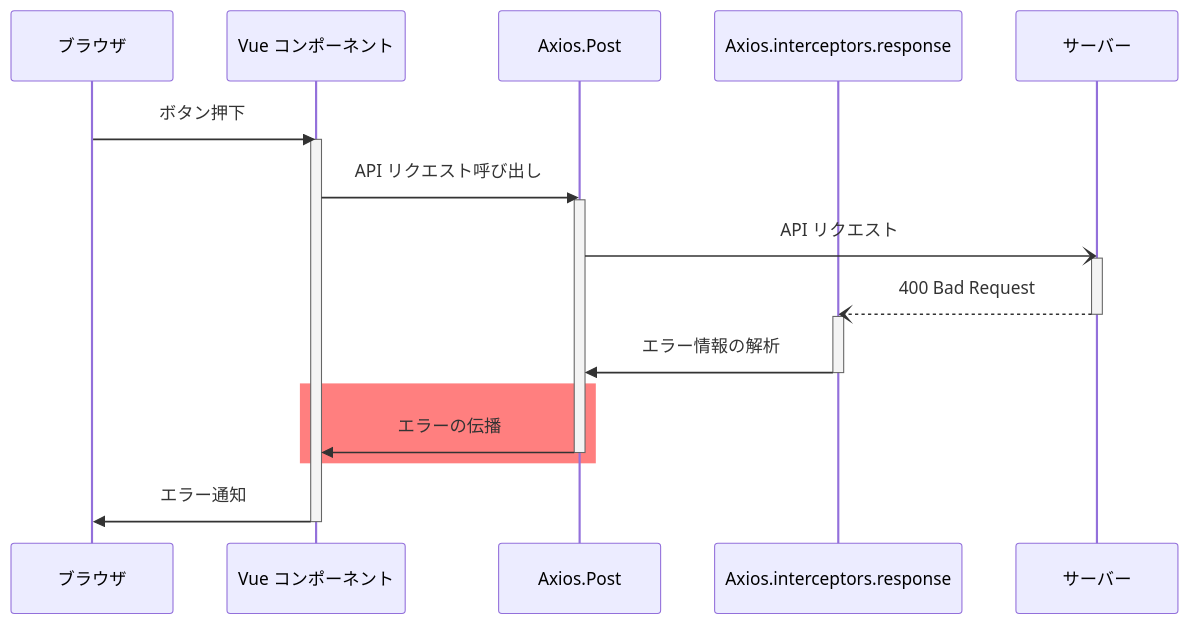
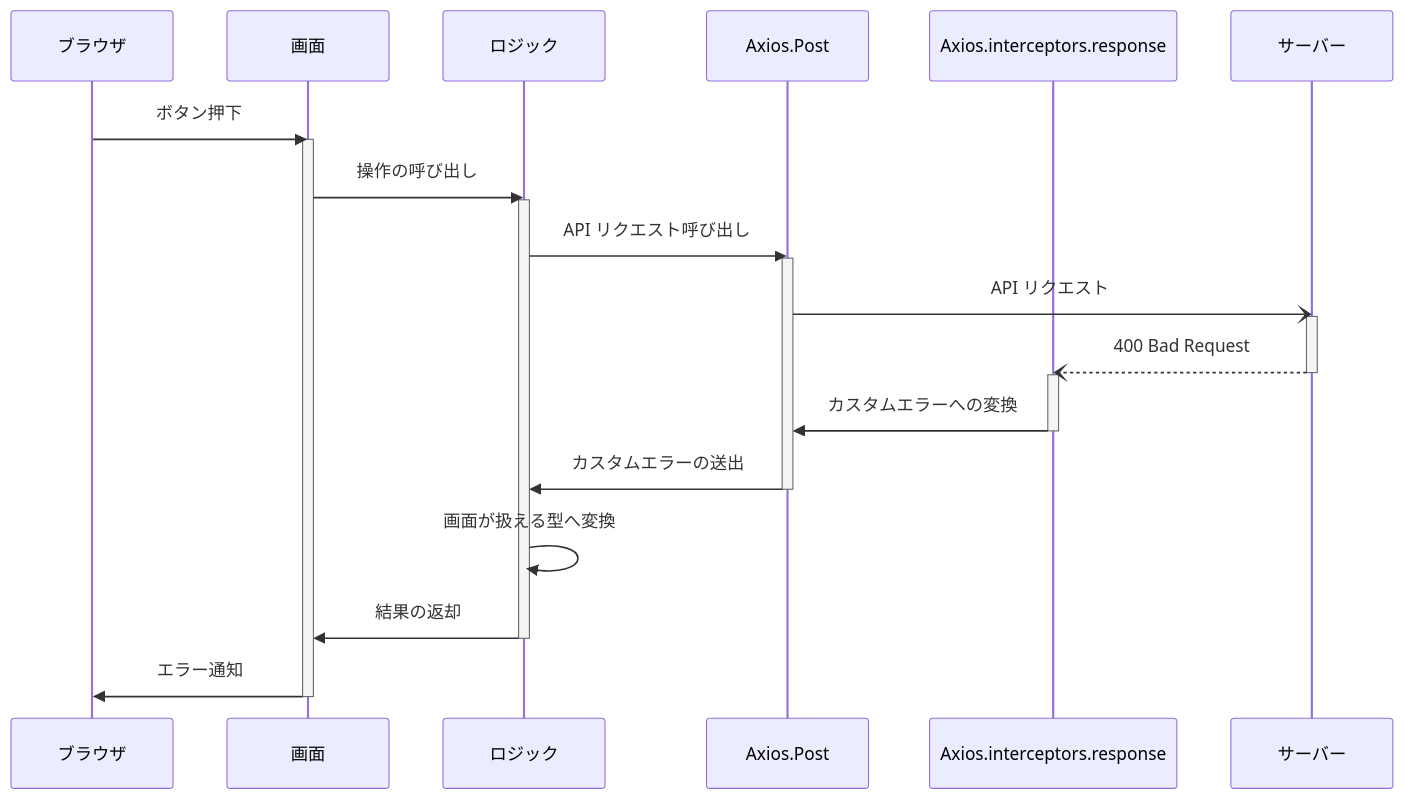
Before and after one commit to AlesInfiny/maia: the diagram in documents/contents/app-architecture/client-side-rendering/global-function/exception-handling.md, drawn with Mermaid. The commit also changed other lines of this file and 3 other files, not shown here.

````diff
--- a/documents/contents/app-architecture/client-side-rendering/global-function/exception-handling.md
+++ b/documents/contents/app-architecture/client-side-rendering/global-function/exception-handling.md
@@ -82,26 +84,30 @@
 ```mermaid
     sequenceDiagram
     participant B as ブラウザ
-    participant C as Vue コンポーネント
+    participant P as 画面
+    participant L as ロジック
     participant A as Axios.Post
     participant I as Axios.interceptors.response
     participant S as サーバー
 
-    B->>C: ボタン押下
-    activate C
-    C->>A: API リクエスト呼び出し
+    B->>P: ボタン押下
+    activate P
+    P->>L: 操作の呼び出し
+    activate L
+    L->>A: API リクエスト呼び出し
     activate A
     A-)S: API リクエスト
     activate S
     S--)I: 400 Bad Request
     deactivate S
     activate I
-    I->>A: エラー情報の解析
+    I->>A: カスタムエラーへの変換
     deactivate I
-    rect rgba(255, 0, 0, 0.5)
-        A->>C: エラーの伝播
-        deactivate A
-    end
-    C->>B: エラー通知
-    deactivate C
+    A->>L: カスタムエラーの送出
+    deactivate A
+    L->>L: 画面が扱える型へ変換
+    L->>P: 結果の返却
+    deactivate L
+    P->>B: エラー通知
+    deactivate P
 ```
````
